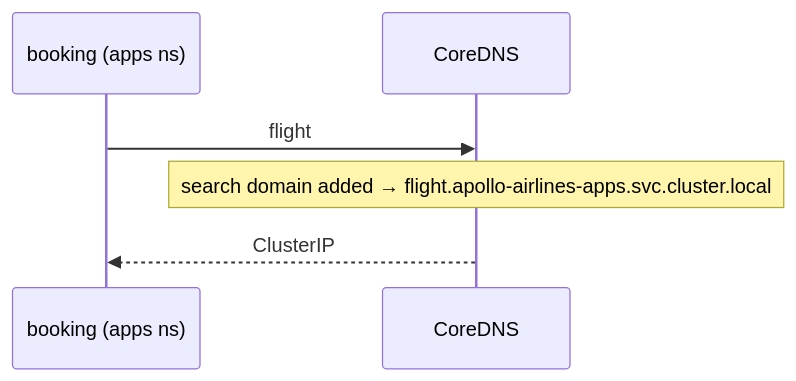
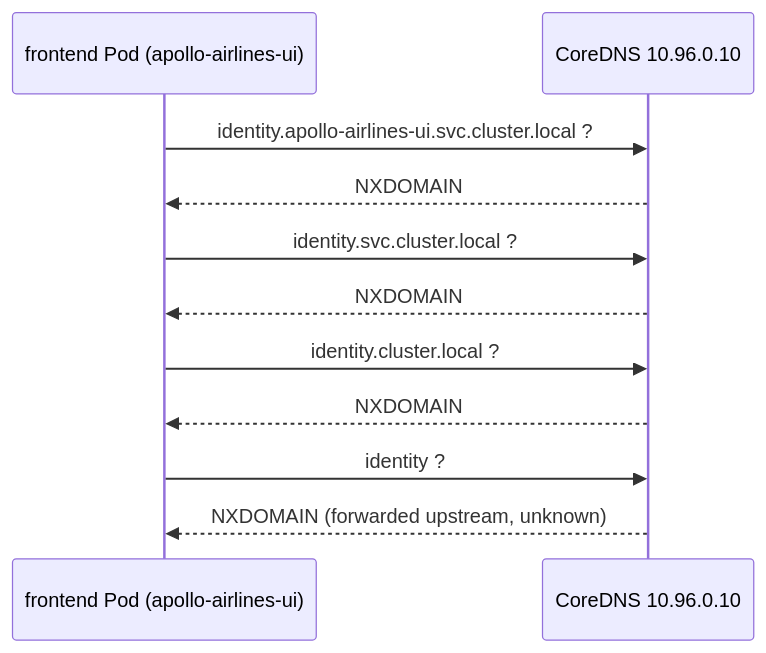
One commit to darshan-raul/apollo11-docs changed the diagram in docs/learn/networking/dns-and-namespaces.md. Above: the diagram before and after it, drawn with Mermaid. The commit also changed other lines of this file and 7 other files, not shown here.

````diff
--- a/docs/learn/networking/dns-and-namespaces.md
+++ b/docs/learn/networking/dns-and-namespaces.md
@@ -36,8 +72,13 @@
 ```mermaid
 sequenceDiagram
-  participant App as booking (apps ns)
-  participant DNS as CoreDNS
-  App->>DNS: flight
-  Note over DNS: search domain added → flight.apollo-airlines-apps.svc.cluster.local
-  DNS-->>App: ClusterIP
+  participant App as frontend Pod (apollo-airlines-ui)
+  participant DNS as CoreDNS 10.96.0.10
+  App->>DNS: identity.apollo-airlines-ui.svc.cluster.local ?
+  DNS-->>App: NXDOMAIN
+  App->>DNS: identity.svc.cluster.local ?
+  DNS-->>App: NXDOMAIN
+  App->>DNS: identity.cluster.local ?
+  DNS-->>App: NXDOMAIN
+  App->>DNS: identity ?
+  DNS-->>App: NXDOMAIN (forwarded upstream, unknown)
 ```
````
